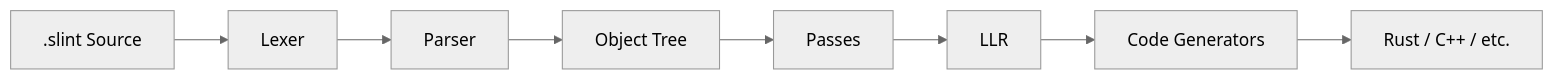
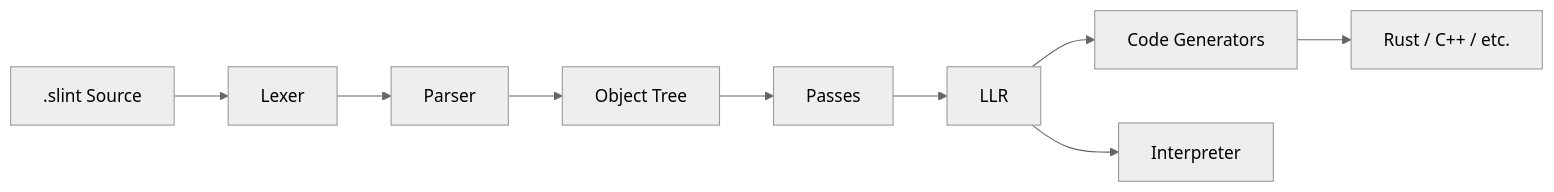
One commit to slint-ui/slint changed the first of 2 diagrams in docs/development/compiler-internals.md. Above: the diagram before and after it, drawn with Mermaid (neutral theme). The commit also changed other lines of this file and 2 other files, not shown here.

````diff
--- a/docs/development/compiler-internals.md
+++ b/docs/development/compiler-internals.md
@@ -12,10 +13,11 @@
 ```mermaid
 flowchart LR
     A[".slint Source"] --> B["Lexer"]
     B --> C["Parser"]
     C --> D["Object Tree"]
     D --> E["Passes"]
     E --> F["LLR"]
     F --> G["Code Generators"]
     G --> H["Rust / C++ / etc."]
+    F --> I["Interpreter"]
 ```
````
